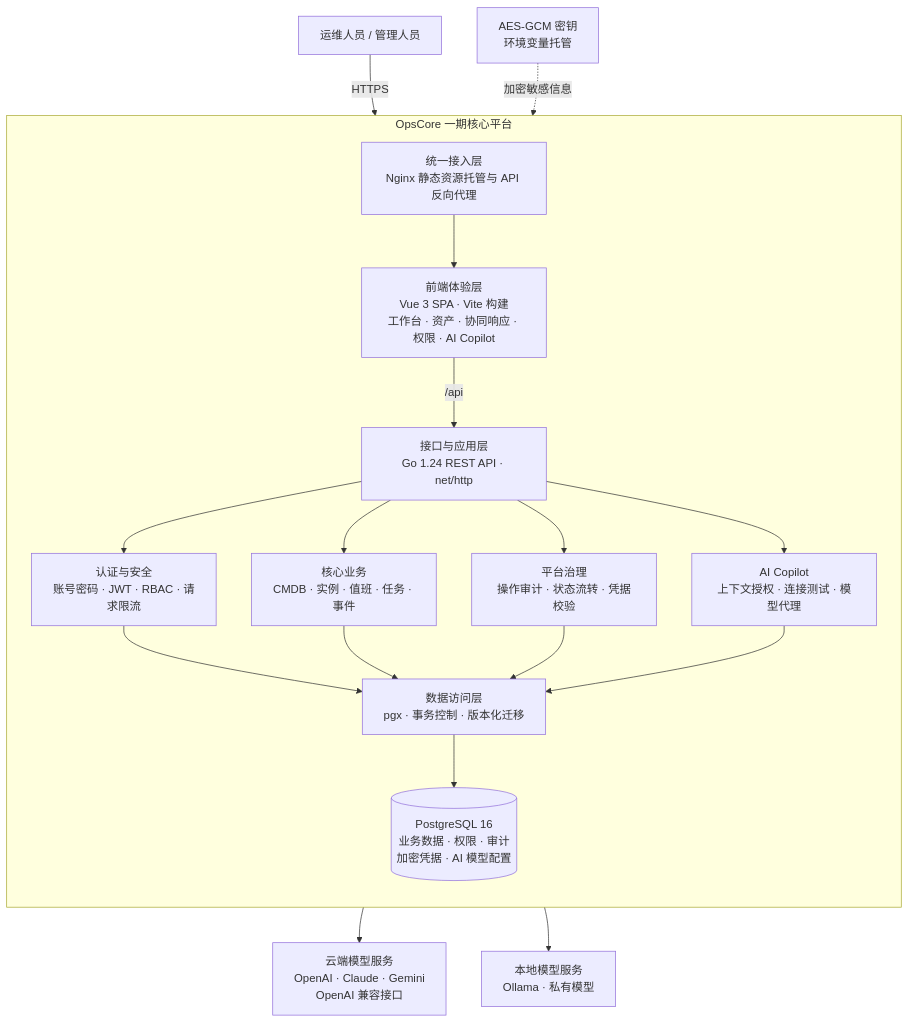
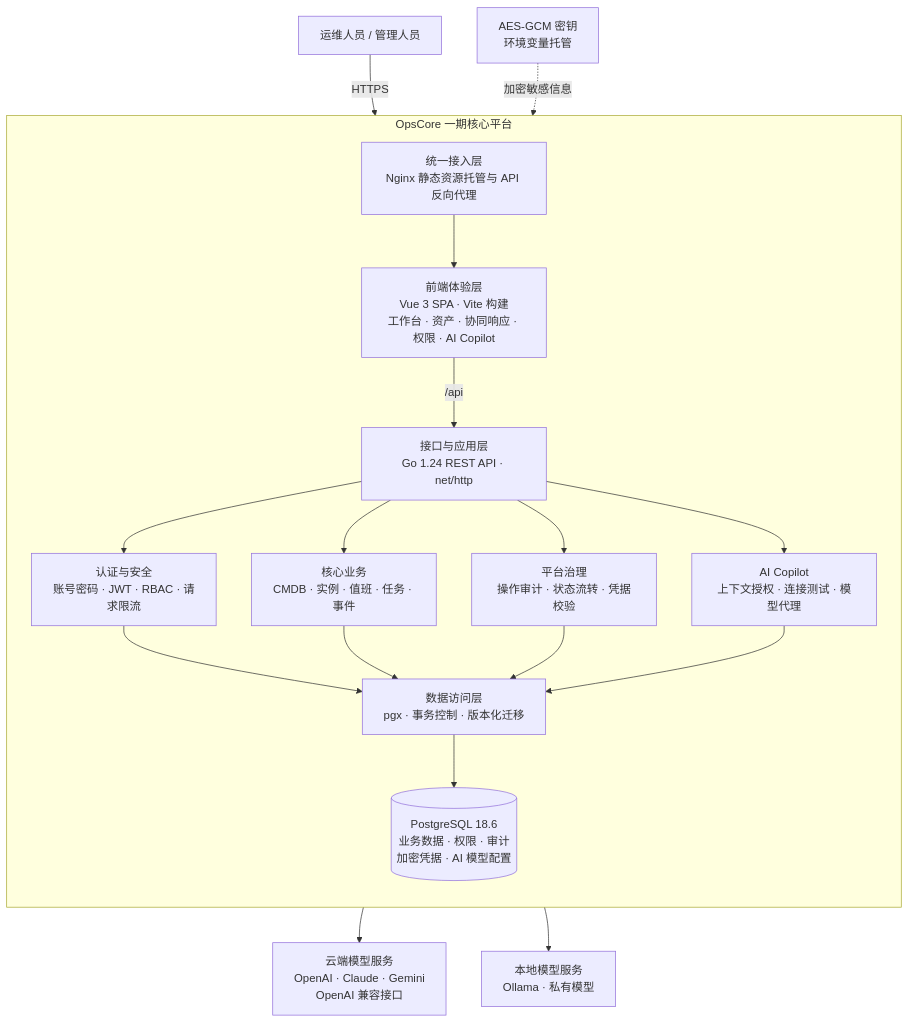
Before and after one commit to ziyouguodu/OpsCore: the diagram in README.md, drawn with Mermaid. The commit also changed other lines of this file and 49 other files, not shown here.

Commit message:
完善首页工作台、凭据安全与菜单交互并升级 PostgreSQL 18.6

````diff
--- a/README.md
+++ b/README.md
@@ -74,52 +84,52 @@
 ```mermaid
 flowchart TB
     USER["运维人员 / 管理人员"]
 
     subgraph OPSCORE["OpsCore 一期核心平台"]
         direction TB
 
         ENTRY["统一接入层<br/>Nginx 静态资源托管与 API 反向代理"]
 
         WEB["前端体验层<br/>Vue 3 SPA · Vite 构建<br/>工作台 · 资产 · 协同响应 · 权限 · AI Copilot"]
 
         API["接口与应用层<br/>Go 1.24 REST API · net/http"]
 
         AUTH["认证与安全<br/>账号密码 · JWT · RBAC · 请求限流"]
 
         BUSINESS["核心业务<br/>CMDB · 实例 · 值班 · 任务 · 事件"]
 
         GOVERNANCE["平台治理<br/>操作审计 · 状态流转 · 凭据校验"]
 
         COPILOT["AI Copilot<br/>上下文授权 · 连接测试 · 模型代理"]
 
         STORE["数据访问层<br/>pgx · 事务控制 · 版本化迁移"]
 
-        DATABASE[("PostgreSQL 16<br/>业务数据 · 权限 · 审计<br/>加密凭据 · AI 模型配置")]
+        DATABASE[("PostgreSQL 18.6<br/>业务数据 · 权限 · 审计<br/>加密凭据 · AI 模型配置")]
 
         ENTRY --> WEB
         WEB -->|"/api"| API
 
         API --> AUTH
         API --> BUSINESS
         API --> GOVERNANCE
         API --> COPILOT
 
         AUTH --> STORE
         BUSINESS --> STORE
         GOVERNANCE --> STORE
         COPILOT --> STORE
 
         STORE --> DATABASE
     end
 
     CLOUD["云端模型服务<br/>OpenAI · Claude · Gemini<br/>OpenAI 兼容接口"]
 
     LOCAL["本地模型服务<br/>Ollama · 私有模型"]
 
     KEY["AES-GCM 密钥<br/>环境变量托管"]
 
     USER -->|"HTTPS"| ENTRY
     COPILOT --> CLOUD
     COPILOT --> LOCAL
     KEY -.->|"加密敏感信息"| GOVERNANCE
 ```
````
